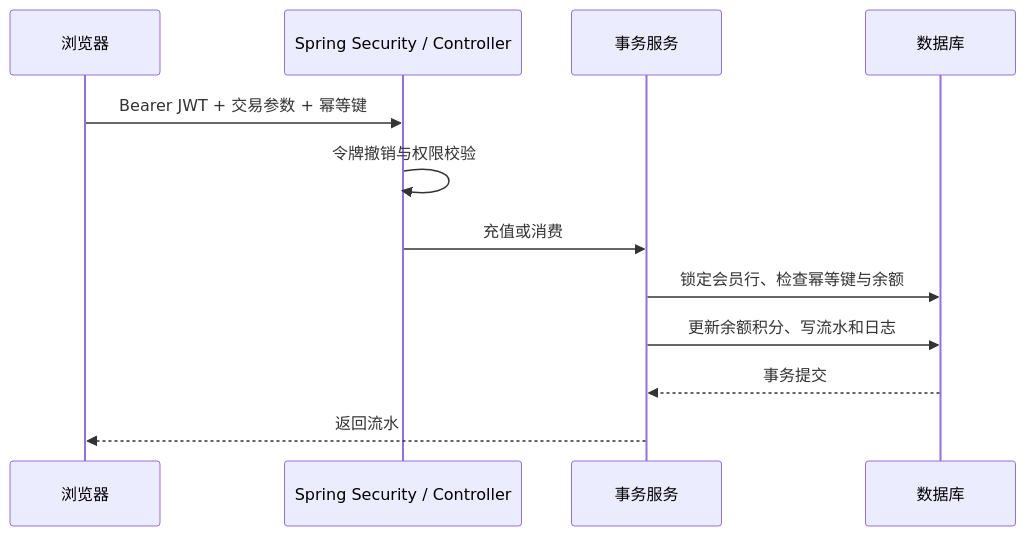
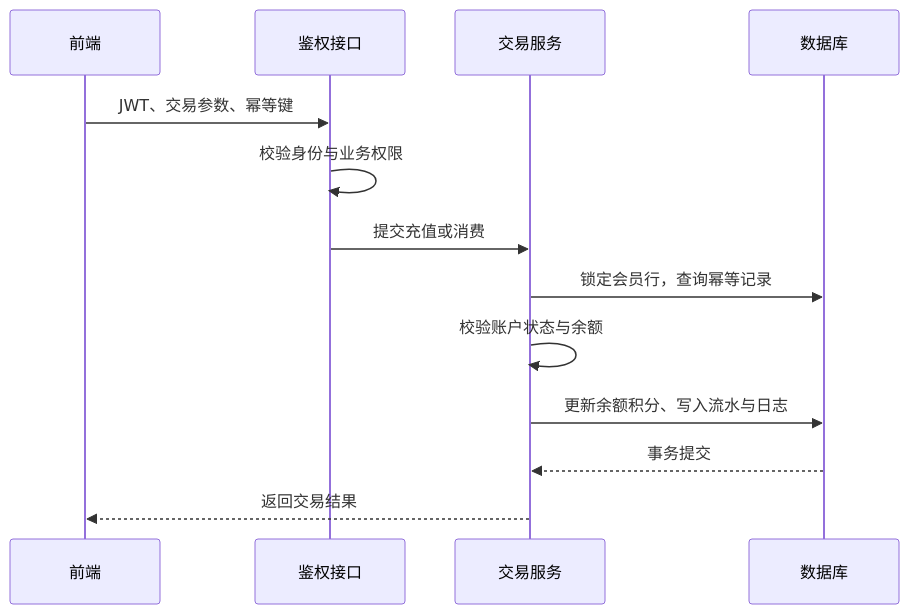
One commit to tangtang-pot/vip-running changed the diagram in member-card-platform/README.md. Above: the diagram before and after it, drawn with Mermaid. The commit also changed other lines of this file and 1 other file, not shown here.

````diff
--- a/member-card-platform/README.md
+++ b/member-card-platform/README.md
@@ -76,14 +52,15 @@
 ```mermaid
 sequenceDiagram
-    participant UI as 浏览器
-    participant API as Spring Security / Controller
-    participant S as 事务服务
+    participant UI as 前端
+    participant API as 鉴权接口
+    participant S as 交易服务
     participant DB as 数据库
-    UI->>API: Bearer JWT + 交易参数 + 幂等键
-    API->>API: 令牌撤销与权限校验
-    API->>S: 充值或消费
-    S->>DB: 锁定会员行、检查幂等键与余额
-    S->>DB: 更新余额积分、写流水和日志
+    UI->>API: JWT、交易参数、幂等键
+    API->>API: 校验身份与业务权限
+    API->>S: 提交充值或消费
+    S->>DB: 锁定会员行，查询幂等记录
+    S->>S: 校验账户状态与余额
+    S->>DB: 更新余额积分、写入流水与日志
     DB-->>S: 事务提交
-    S-->>UI: 返回流水
+    S-->>UI: 返回交易结果
 ```
````
